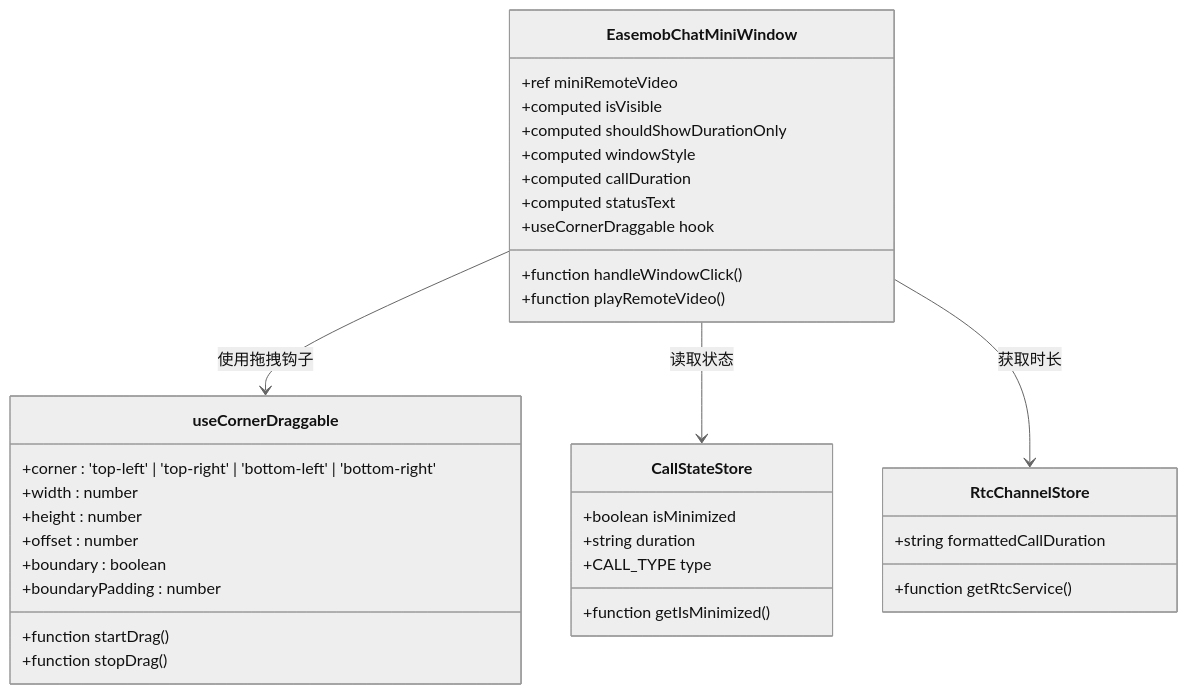
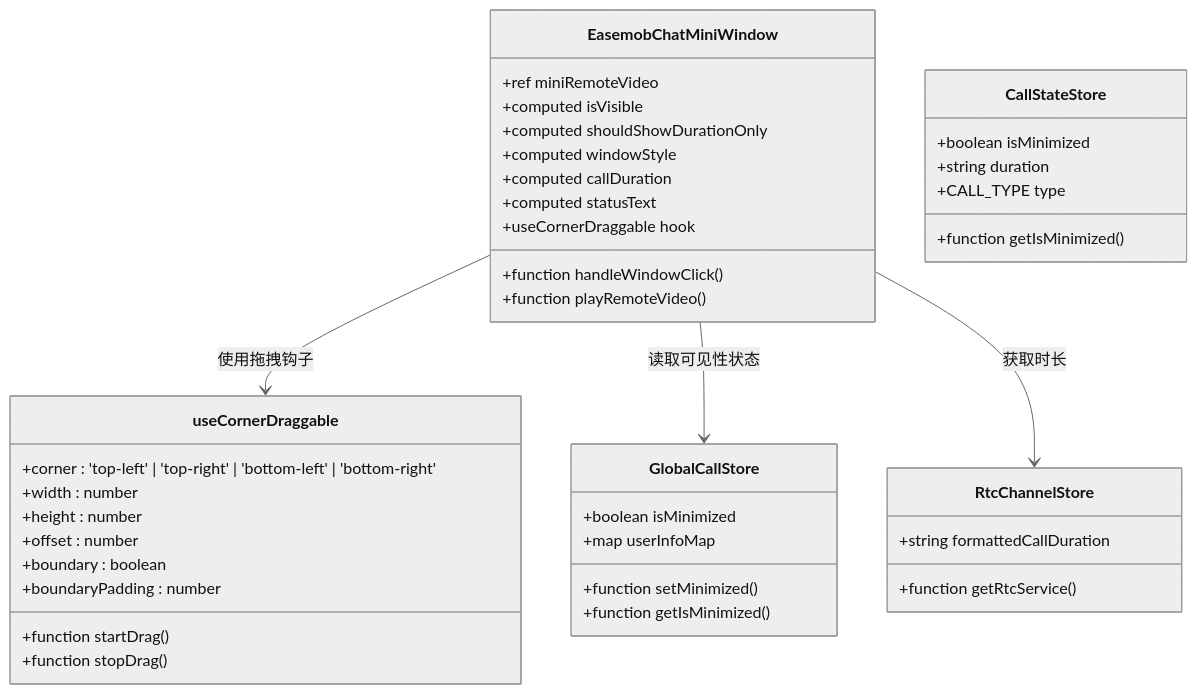
The third of 7 diagrams in .qoder/repowiki/zh/content/API 参考/组件 API/小窗口组件 API.md (Easemob-Community/easemob-uikit-callkit-vue3), drawn with Mermaid (neutral theme) before and after one commit. The commit also changed other lines of this file and 54 other files, not shown here.

````diff
--- a/.qoder/repowiki/zh/content/API 参考/组件 API/小窗口组件 API.md
+++ b/.qoder/repowiki/zh/content/API 参考/组件 API/小窗口组件 API.md
@@ -145,37 +153,43 @@
 ```mermaid
 classDiagram
 class EasemobChatMiniWindow {
 +ref miniRemoteVideo
 +computed isVisible
 +computed shouldShowDurationOnly
 +computed windowStyle
 +computed callDuration
 +computed statusText
 +function handleWindowClick()
 +function playRemoteVideo()
 +useCornerDraggable hook
 }
 class useCornerDraggable {
 +corner : 'top-left' | 'top-right' | 'bottom-left' | 'bottom-right'
 +width : number
 +height : number
 +offset : number
 +boundary : boolean
 +boundaryPadding : number
 +function startDrag()
 +function stopDrag()
 }
+class GlobalCallStore {
++boolean isMinimized
++map userInfoMap
++function setMinimized()
++function getIsMinimized()
+}
 class CallStateStore {
 +boolean isMinimized
 +string duration
 +CALL_TYPE type
 +function getIsMinimized()
 }
 class RtcChannelStore {
 +string formattedCallDuration
 +function getRtcService()
 }
 EasemobChatMiniWindow --> useCornerDraggable : 使用拖拽钩子
-EasemobChatMiniWindow --> CallStateStore : 读取状态
+EasemobChatMiniWindow --> GlobalCallStore : 读取可见性状态
 EasemobChatMiniWindow --> RtcChannelStore : 获取时长
 ```
````
